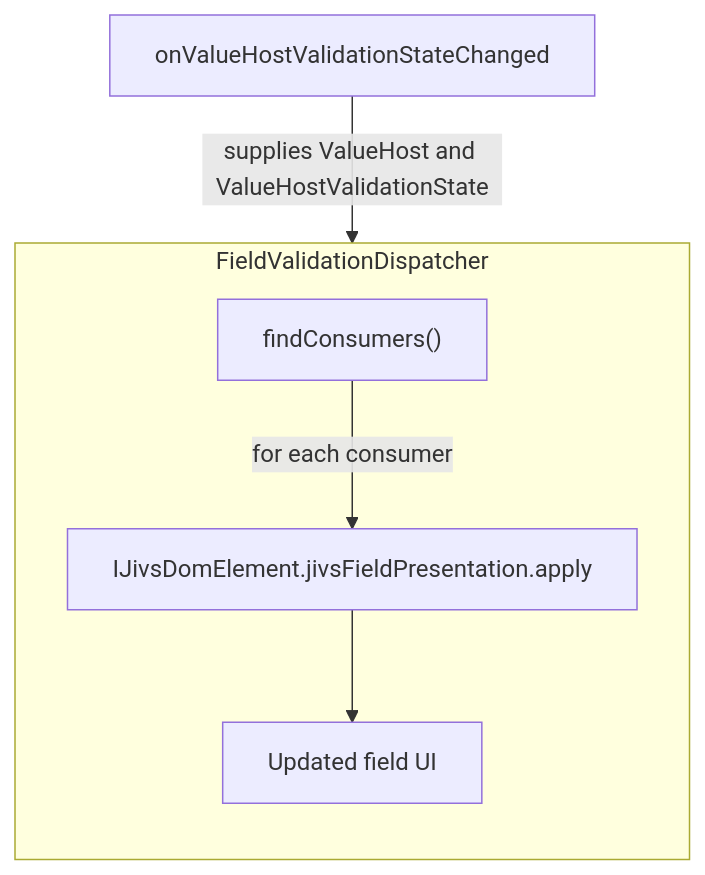
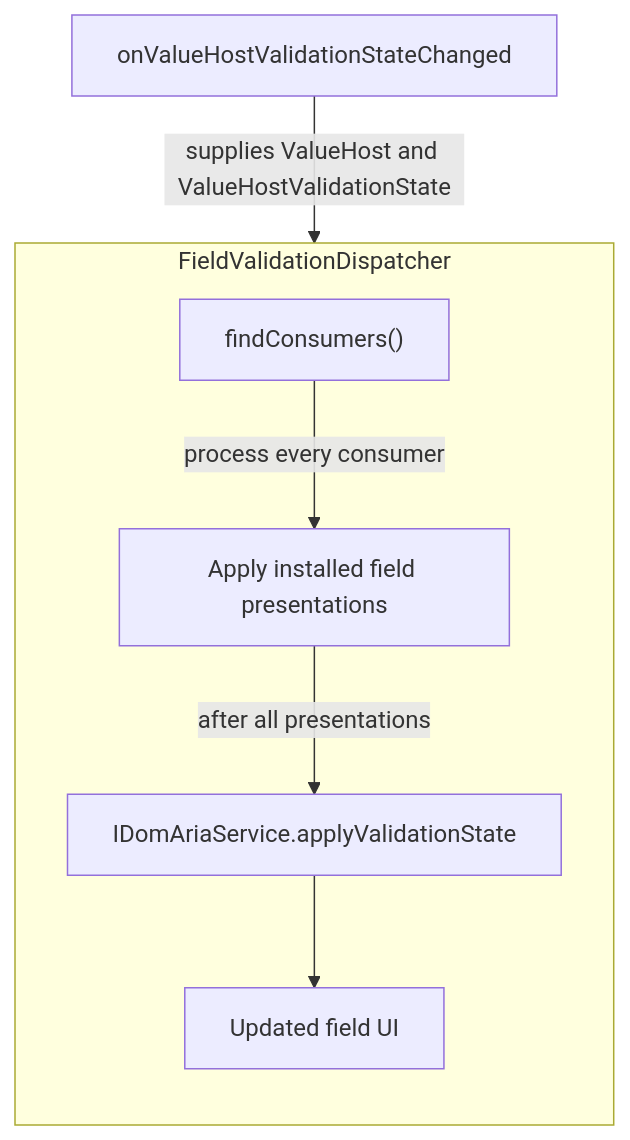
One commit to plblum/jivs changed the fifth of 7 diagrams in planning/Jivs-DOM_Implementation_Design.md. Above: the diagram before and after it, drawn with Mermaid. The commit also changed other lines of this file, not shown here.

Commit message:
Implementation design after Aria work

````diff
--- a/planning/Jivs-DOM_Implementation_Design.md
+++ b/planning/Jivs-DOM_Implementation_Design.md
@@ -175,19 +185,21 @@
 ```mermaid
 flowchart TB
     CALLBACK["onValueHostValidationStateChanged"]
 
     subgraph DISPATCHER["FieldValidationDispatcher"]
         direction TB
 
         FIND["findConsumers()"]
-        APPLY["IJivsDomElement.jivsFieldPresentation.apply"]
+        APPLY["Apply installed field presentations"]
+        ARIA["IDomAriaService.applyValidationState"]
         FIELD_UI["Updated field UI"]
 
-        FIND --> |"for each consumer"| APPLY
-        APPLY --> FIELD_UI
+        FIND -->|"process every consumer"| APPLY
+        APPLY -->|"after all presentations"| ARIA
+        ARIA --> FIELD_UI
     end
 
 
     CALLBACK -->|"supplies ValueHost and ValueHostValidationState"| DISPATCHER
 
 ```
````
